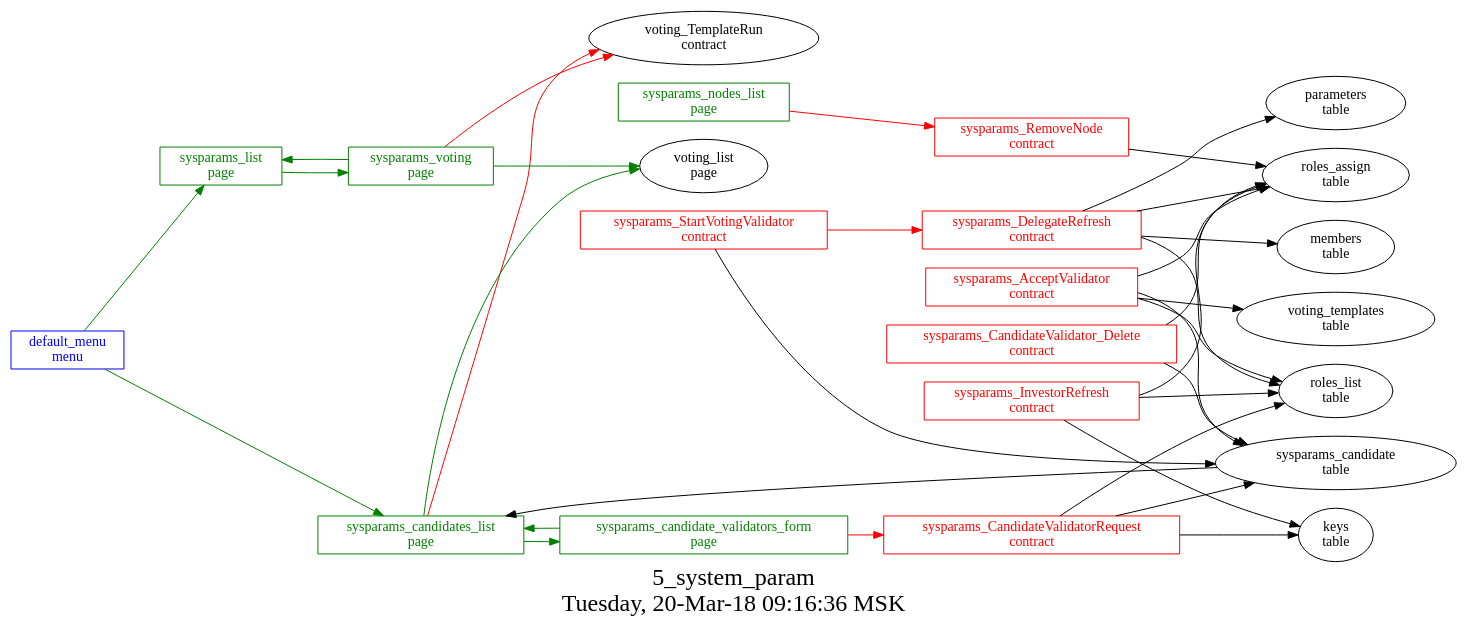
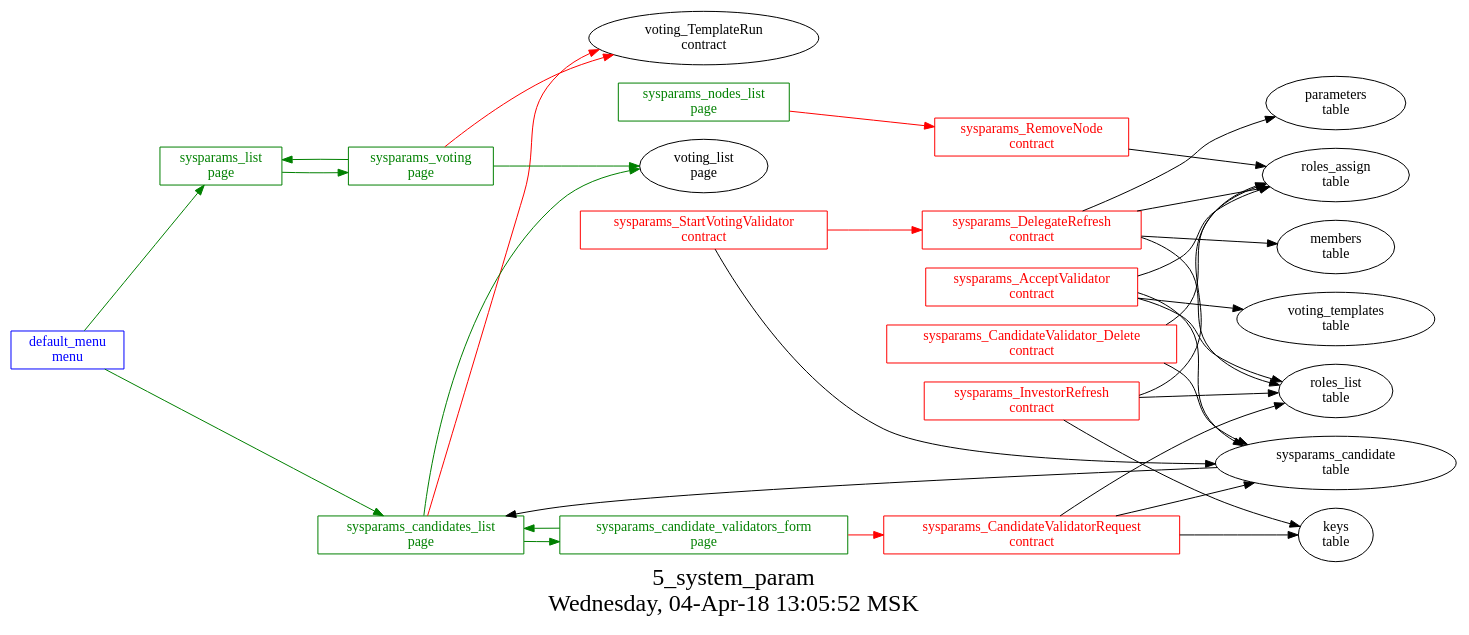
The diagram in src/basic/basic_main/5_system_params/struct.dot (AplaProject/apps), drawn with Graphviz before and after one commit. The commit also changed 2 other files, not shown here.

```diff
--- a/src/basic/basic_main/5_system_params/struct.dot
+++ b/src/basic/basic_main/5_system_params/struct.dot
@@ -1,56 +1,56 @@
 digraph G {
 graph [
   fontsize="24";
-  label="5_system_param\nTuesday, 20-Mar-18 09:16:36 MSK";
+  label="5_system_param\nWednesday, 04-Apr-18 13:05:52 MSK";
   nojustify=true;
   ordering=out;
   rankdir=LR;
   size="30";
 ];
 "default_menu\nmenu" -> "sysparams_list\npage"  [ color=green ]
 "default_menu\nmenu" -> "sysparams_candidates_list\npage"  [ color=green ]
 "default_menu\nmenu" [color=blue, fontcolor=blue, group=menus, shape=record];
 "sysparams_candidate_validators_form\npage" -> "sysparams_CandidateValidatorRequest\ncontract"  [ color=red ]
 "sysparams_candidate_validators_form\npage" -> "sysparams_candidates_list\npage"  [ color=green ]
 "sysparams_candidate_validators_form\npage" [color=green, fontcolor=green, group=pages, shape=record];
 "sysparams_candidates_list\npage" -> "voting_TemplateRun\ncontract"  [ color=red ]
 "sysparams_candidate\ntable" -> "sysparams_candidates_list\npage"  [ color="" ]
 "sysparams_candidates_list\npage" -> "voting_list\npage"  [ color=green ]
 "sysparams_candidates_list\npage" -> "sysparams_candidate_validators_form\npage"  [ color=green ]
 "sysparams_candidates_list\npage" [color=green, fontcolor=green, group=pages, shape=record];
 "sysparams_list\npage" -> "sysparams_voting\npage"  [ color=green ]
 "sysparams_list\npage" [color=green, fontcolor=green, group=pages, shape=record];
 "sysparams_nodes_list\npage" -> "sysparams_RemoveNode\ncontract"  [ color=red ]
 "sysparams_nodes_list\npage" [color=green, fontcolor=green, group=pages, shape=record];
 "sysparams_voting\npage" -> "voting_TemplateRun\ncontract"  [ color=red ]
 "sysparams_voting\npage" -> "sysparams_list\npage"  [ color=green ]
 "sysparams_voting\npage" -> "voting_list\npage"  [ color=green ]
 "sysparams_voting\npage" [color=green, fontcolor=green, group=pages, shape=record];
 "sysparams_AcceptValidator\ncontract" -> "voting_templates\ntable"  [ color="" ]
 "sysparams_AcceptValidator\ncontract" -> "sysparams_candidate\ntable"  [ color="" ]
 "sysparams_AcceptValidator\ncontract" -> "roles_assign\ntable"  [ color="" ]
 "sysparams_AcceptValidator\ncontract" -> "roles_list\ntable"  [ color="" ]
 "sysparams_AcceptValidator\ncontract" [color=red, fontcolor=red, group=contracts, shape=record];
 "sysparams_CandidateValidatorRequest\ncontract" -> "keys\ntable"  [ color="" ]
 "sysparams_CandidateValidatorRequest\ncontract" -> "roles_list\ntable"  [ color="" ]
 "sysparams_CandidateValidatorRequest\ncontract" -> "sysparams_candidate\ntable"  [ color="" ]
 "sysparams_CandidateValidatorRequest\ncontract" [color=red, fontcolor=red, group=contracts, shape=record];
 "sysparams_CandidateValidator_Delete\ncontract" -> "sysparams_candidate\ntable"  [ color="" ]
 "sysparams_CandidateValidator_Delete\ncontract" -> "roles_assign\ntable"  [ color="" ]
 "sysparams_CandidateValidator_Delete\ncontract" [color=red, fontcolor=red, group=contracts, shape=record];
 "sysparams_DelegateRefresh\ncontract" -> "roles_list\ntable"  [ color="" ]
 "sysparams_DelegateRefresh\ncontract" -> "parameters\ntable"  [ color="" ]
 "sysparams_DelegateRefresh\ncontract" -> "roles_assign\ntable"  [ color="" ]
 "sysparams_DelegateRefresh\ncontract" -> "members\ntable"  [ color="" ]
 "sysparams_DelegateRefresh\ncontract" [color=red, fontcolor=red, group=contracts, shape=record];
 "sysparams_InvestorRefresh\ncontract" -> "roles_list\ntable"  [ color="" ]
 "sysparams_InvestorRefresh\ncontract" -> "keys\ntable"  [ color="" ]
 "sysparams_InvestorRefresh\ncontract" -> "roles_assign\ntable"  [ color="" ]
 "sysparams_InvestorRefresh\ncontract" [color=red, fontcolor=red, group=contracts, shape=record];
 "sysparams_RemoveNode\ncontract" -> "roles_assign\ntable"  [ color="" ]
 "sysparams_RemoveNode\ncontract" [color=red, fontcolor=red, group=contracts, shape=record];
 "sysparams_StartVotingValidator\ncontract" -> "sysparams_DelegateRefresh\ncontract"  [ color=red ]
 "sysparams_StartVotingValidator\ncontract" -> "sysparams_candidate\ntable"  [ color="" ]
 "sysparams_StartVotingValidator\ncontract" [color=red, fontcolor=red, group=contracts, shape=record];
 "sysparams_candidate\ntable" [color="", fontcolor="", group=tables, shape=""];
 }
```
